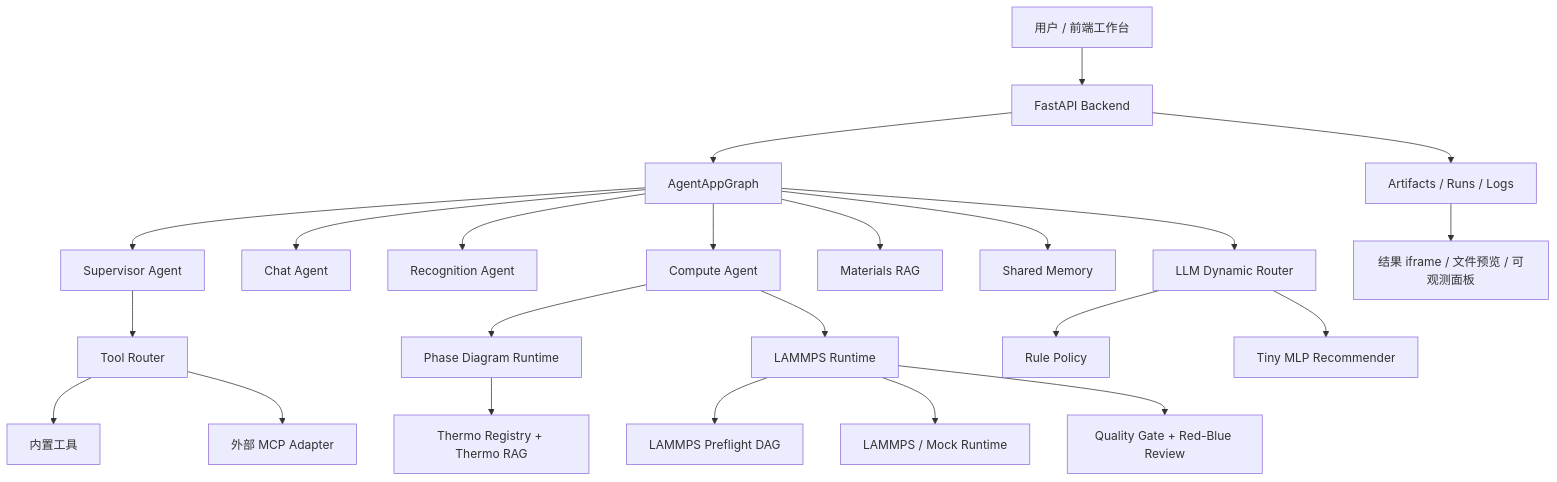
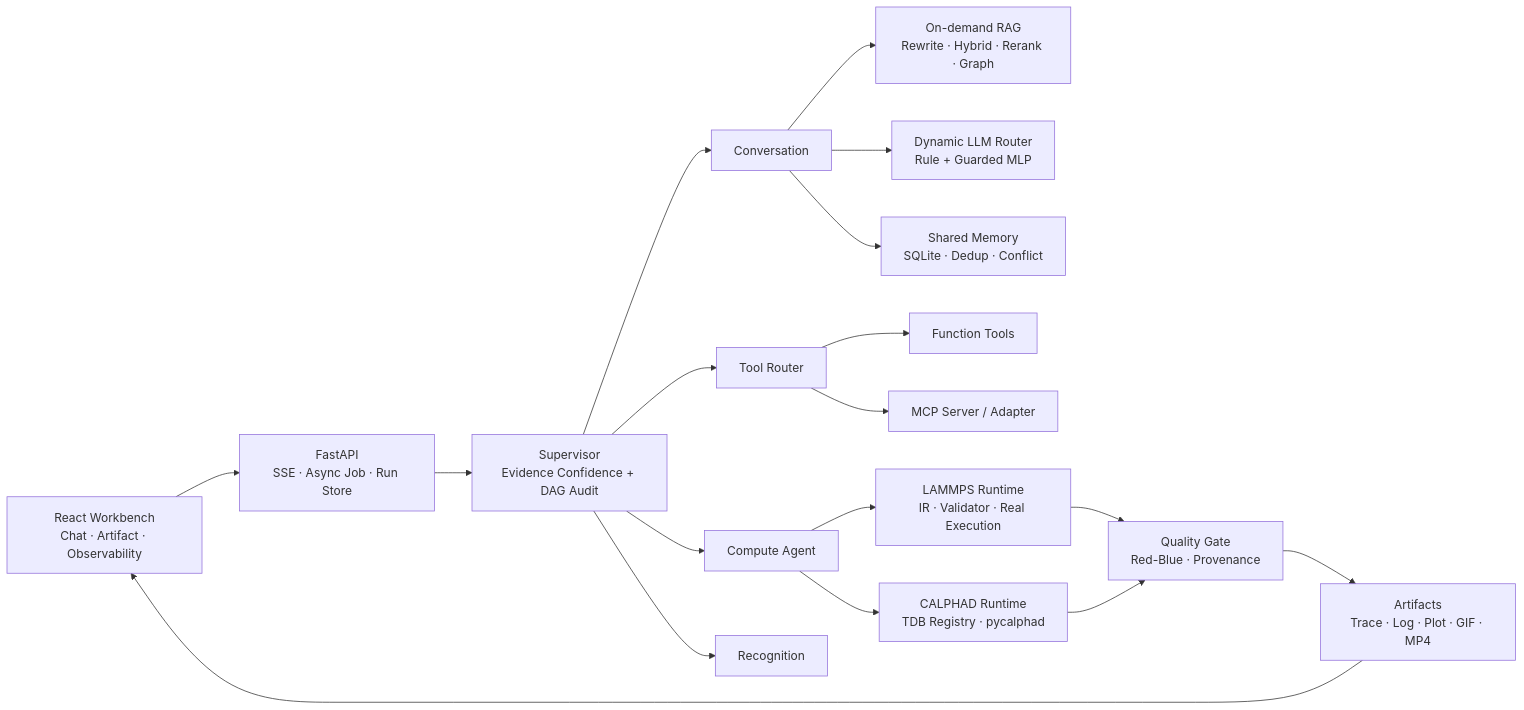
Before and after one commit to Data-farmer-Harry/-_agent: the first of 2 diagrams in README.md, drawn with Mermaid. The commit also changed other lines of this file and 2 other files, not shown here.

````diff
--- a/README.md
+++ b/README.md
@@ -35,29 +46,25 @@
-```mermaid
-flowchart TD
-    U["用户 / 前端工作台"] --> API["FastAPI Backend"]
-    API --> G["AgentAppGraph"]
-    G --> S["Supervisor Agent"]
-    G --> C["Chat Agent"]
-    G --> R["Recognition Agent"]
-    G --> K["Compute Agent"]
+~~~mermaid
+flowchart LR
+    UI["React Workbench<br/>Chat · Artifact · Observability"] --> API["FastAPI<br/>SSE · Async Job · Run Store"]
+    API --> SUP["Supervisor<br/>Evidence Confidence + DAG Audit"]
 
-    S --> TR["Tool Router"]
-    TR --> BT["内置工具"]
-    TR --> MCPA["外部 MCP Adapter"]
+    SUP --> CHAT["Conversation"]
+    SUP --> COMP["Compute Agent"]
+    SUP --> TOOL["Tool Router"]
+    SUP --> VISION["Recognition"]
 
-    K --> PR["Phase Diagram Runtime"]
-    K --> LR["LAMMPS Runtime"]
-    PR --> Thermo["Thermo Registry + Thermo RAG"]
-    LR --> LPre["LAMMPS Preflight DAG"]
-    LR --> LRun["LAMMPS / Mock Runtime"]
-    LR --> LQ["Quality Gate + Red-Blue Review"]
+    CHAT --> RAG["On-demand RAG<br/>Rewrite · Hybrid · Rerank · Graph"]
+    CHAT --> ROUTE["Dynamic LLM Router<br/>Rule + Guarded MLP"]
+    CHAT --> MEM["Shared Memory<br/>SQLite · Dedup · Conflict"]
 
-    G --> MR["Materials RAG"]
-    G --> SM["Shared Memory"]
-    G --> LLMR["LLM Dynamic Router"]
-    LLMR --> Rule["Rule Policy"]
-    LLMR --> MLP["Tiny MLP Recommender"]
+    TOOL --> BUILTIN["Function Tools"]
+    TOOL --> MCP["MCP Server / Adapter"]
 
-    API --> ART["Artifacts / Runs / Logs"]
-    ART --> FE["结果 iframe / 文件预览 / 可观测面板"]
-```
+    COMP --> LMP["LAMMPS Runtime<br/>IR · Validator · Real Execution"]
+    COMP --> CAL["CALPHAD Runtime<br/>TDB Registry · pycalphad"]
+    LMP --> QA["Quality Gate<br/>Red-Blue · Provenance"]
+    CAL --> QA
+
+    QA --> ART["Artifacts<br/>Trace · Log · Plot · GIF · MP4"]
+    ART --> UI
+~~~
````
